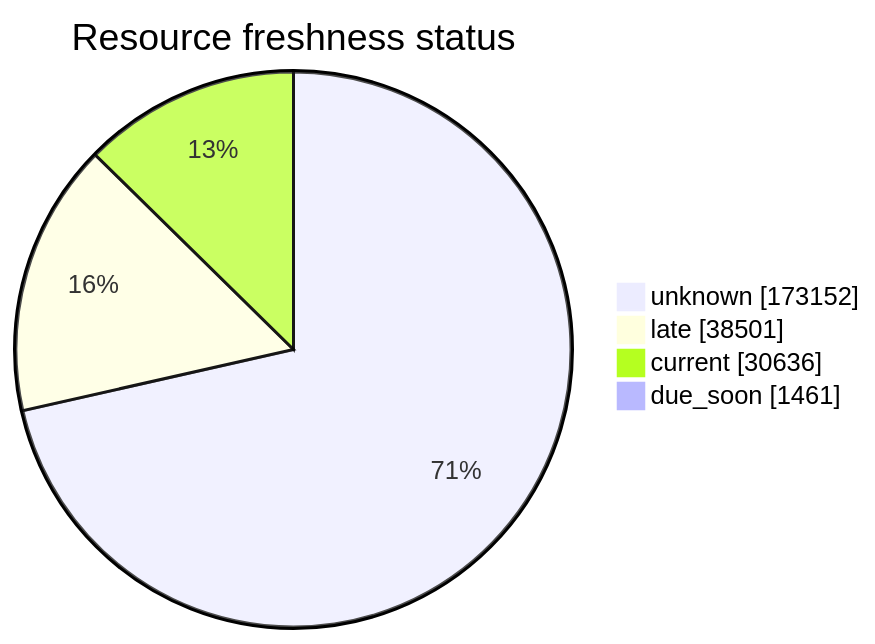
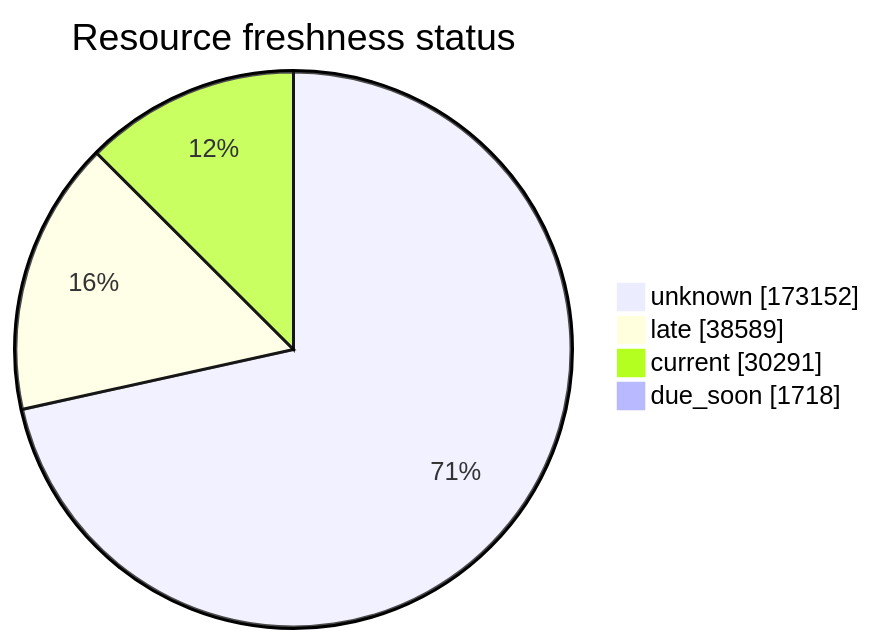
The third of 5 diagrams in FreshCheck/README.md (open-data/analytics-corporate-reporting), drawn with Mermaid before and after one commit. The commit also changed other lines of this file and 3 other files, not shown here.

````diff
--- a/FreshCheck/README.md
+++ b/FreshCheck/README.md
@@ -77,7 +77,7 @@
 ```mermaid
 pie showData title Resource freshness status
     "unknown": 173152
-    "late": 38501
-    "current": 30636
-    "due_soon": 1461
+    "late": 38589
+    "current": 30291
+    "due_soon": 1718
 ```
````
